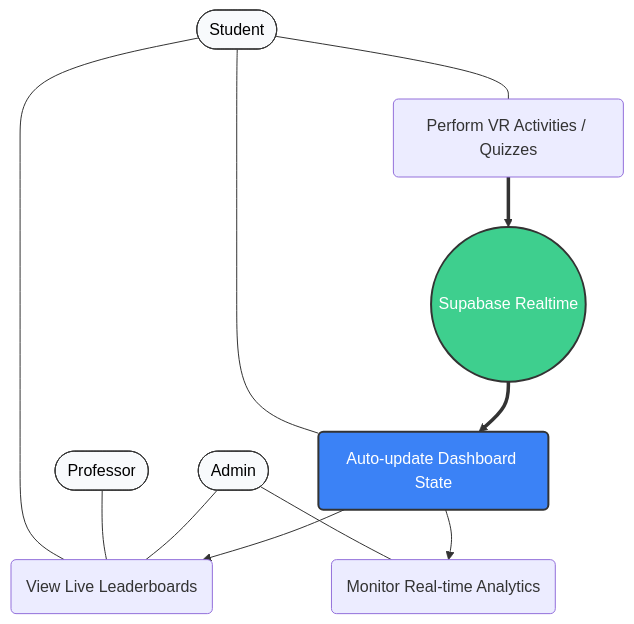
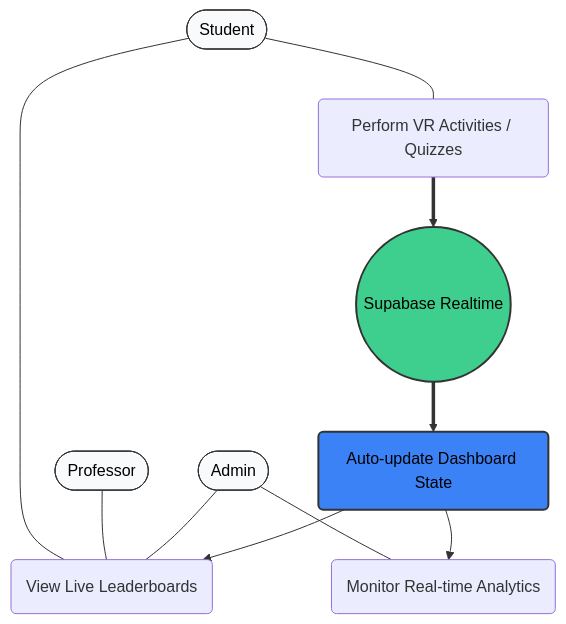
One commit to whayneGrageda/VR_Nationalian changed the first of 6 diagrams in README.md. Above: the diagram before and after it, drawn with Mermaid. The commit also changed other lines of this file, not shown here.

````diff
--- a/README.md
+++ b/README.md
@@ -132,35 +109,34 @@
 ```mermaid
 graph TD
     %% Actors
     Student([Student])
     Professor([Professor])
     Admin([Admin])
     Supabase((Supabase Realtime))
 
     %% Use Cases
     UC1(Perform VR Activities / Quizzes)
     UC2(View Live Leaderboards)
     UC3(Monitor Real-time Analytics)
     UC4(Auto-update Dashboard State)
 
     %% Relationships
     Student --- UC1
-    Student --- UC4
     Student --- UC2
     Professor --- UC2
     Admin --- UC2
     Admin --- UC3
 
     %% Realtime Flow
     UC1 ==> Supabase
     Supabase ==> UC4
     UC4 --> UC2
     UC4 --> UC3
 
-    %% Styling
-    style Supabase fill:#3ecf8e,stroke:#333,stroke-width:2px,color:#fff
-    style UC4 fill:#3b82f6,stroke:#333,stroke-width:2px,color:#fff
+    %% Styling for Black Text
+    style Supabase fill:#3ecf8e,stroke:#333,stroke-width:2px,color:#000
+    style UC4 fill:#3b82f6,stroke:#333,stroke-width:2px,color:#000
     style Student fill:#f8fafc,stroke:#333,color:#000
     style Professor fill:#f8fafc,stroke:#333,color:#000
     style Admin fill:#f8fafc,stroke:#333,color:#000
 ```
````
